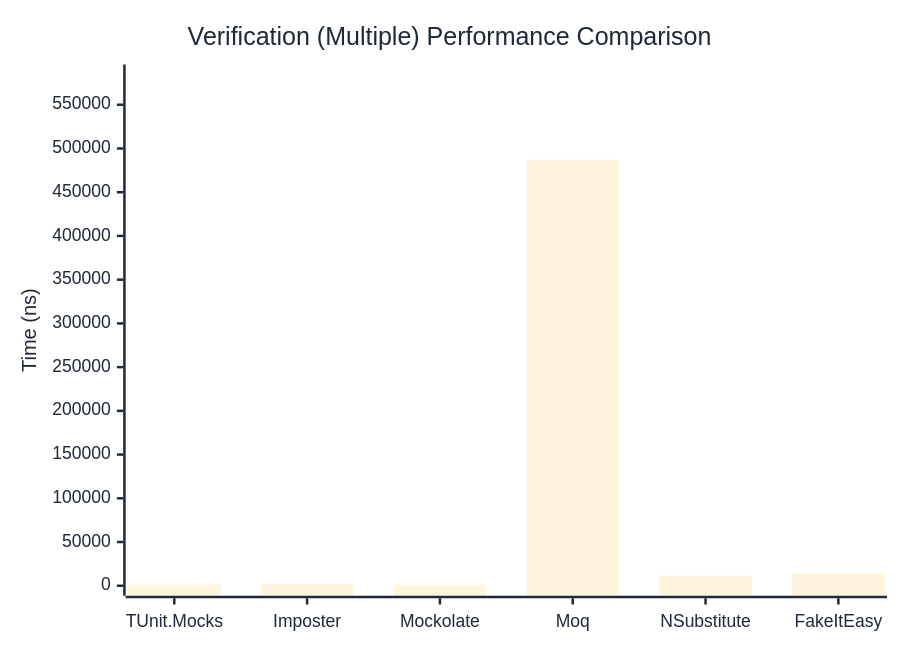
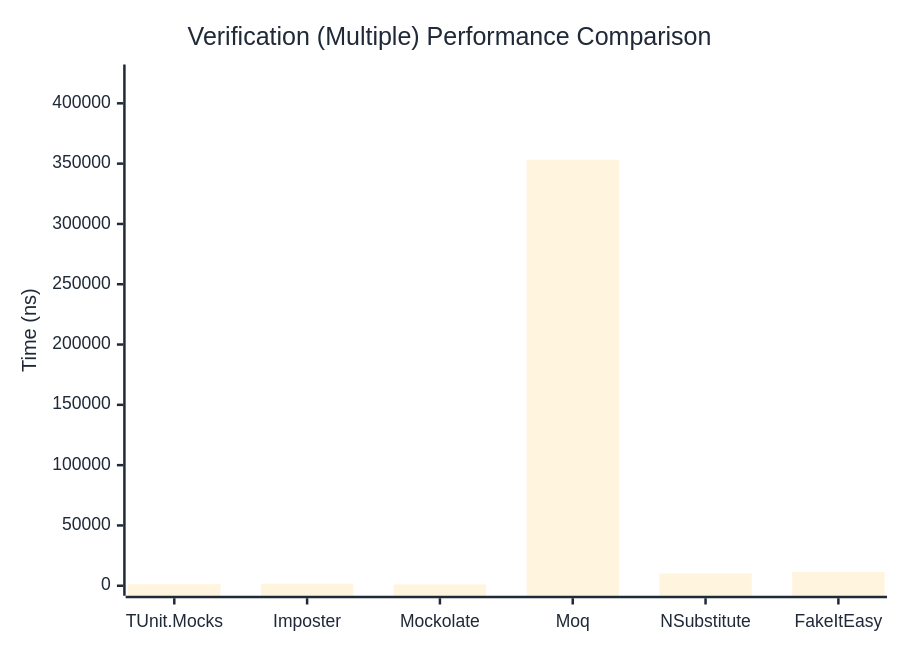
Before and after one commit to thomhurst/TUnit: the third of 3 diagrams in docs/docs/benchmarks/mocks/Verification.md, drawn with Mermaid. The commit also changed other lines of this file and 14 other files, not shown here.

````diff
--- a/docs/docs/benchmarks/mocks/Verification.md
+++ b/docs/docs/benchmarks/mocks/Verification.md
@@ -110,27 +110,27 @@
 ```mermaid
 %%{init: {
   'theme':'base',
   'themeVariables': {
     'primaryColor': '#2563eb',
     'primaryTextColor': '#1f2937',
     'primaryBorderColor': '#1e40af',
     'lineColor': '#6b7280',
     'secondaryColor': '#7c3aed',
     'tertiaryColor': '#dc2626',
     'background': '#ffffff',
     'pie1': '#2563eb',
     'pie2': '#7c3aed',
     'pie3': '#dc2626',
     'pie4': '#f59e0b',
     'pie5': '#10b981',
     'pie6': '#06b6d4',
     'pie7': '#ec4899',
     'pie8': '#6366f1'
   }
 }}%%
 xychart-beta
   title "Verification (Multiple) Performance Comparison"
   x-axis ["TUnit.Mocks", "Imposter", "Mockolate", "Moq", "NSubstitute", "FakeItEasy"]
-  y-axis "Time (ns)" 0 --> 584607
-  bar [1280.85, 1893.39, 1210.28, 487172.38, 11676.69, 14260.43]
+  y-axis "Time (ns)" 0 --> 423909
+  bar [1244.22, 1692.92, 1095.87, 353257.44, 10131.48, 11509.26]
 ```
````
